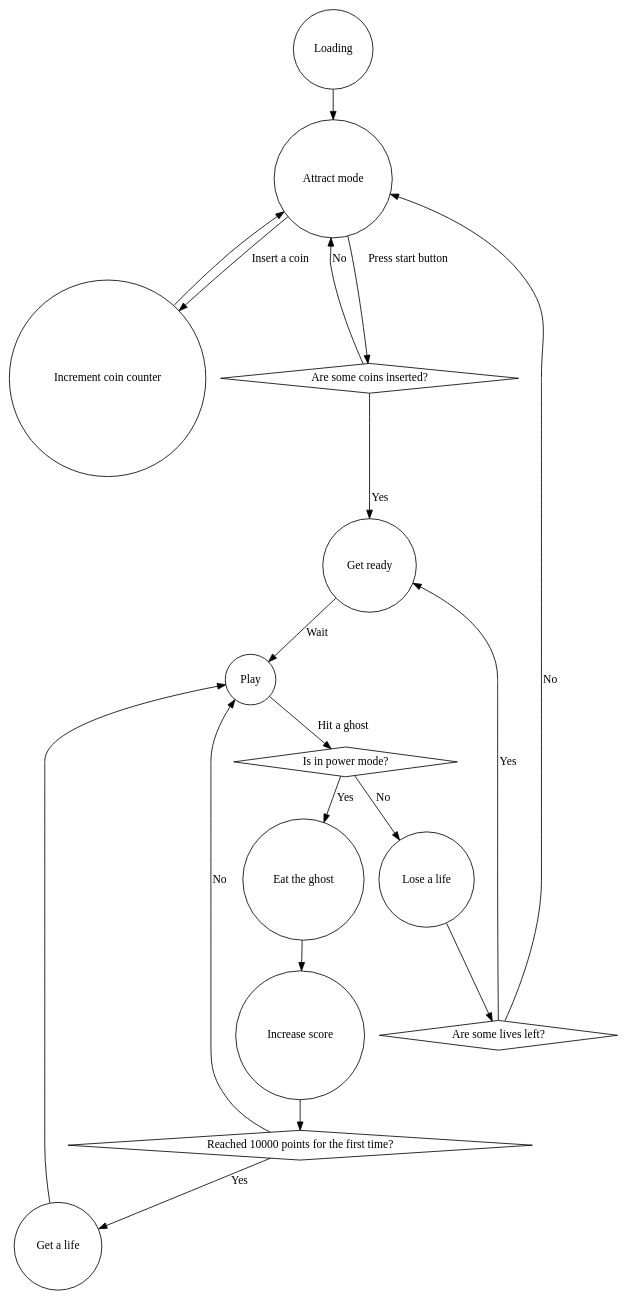
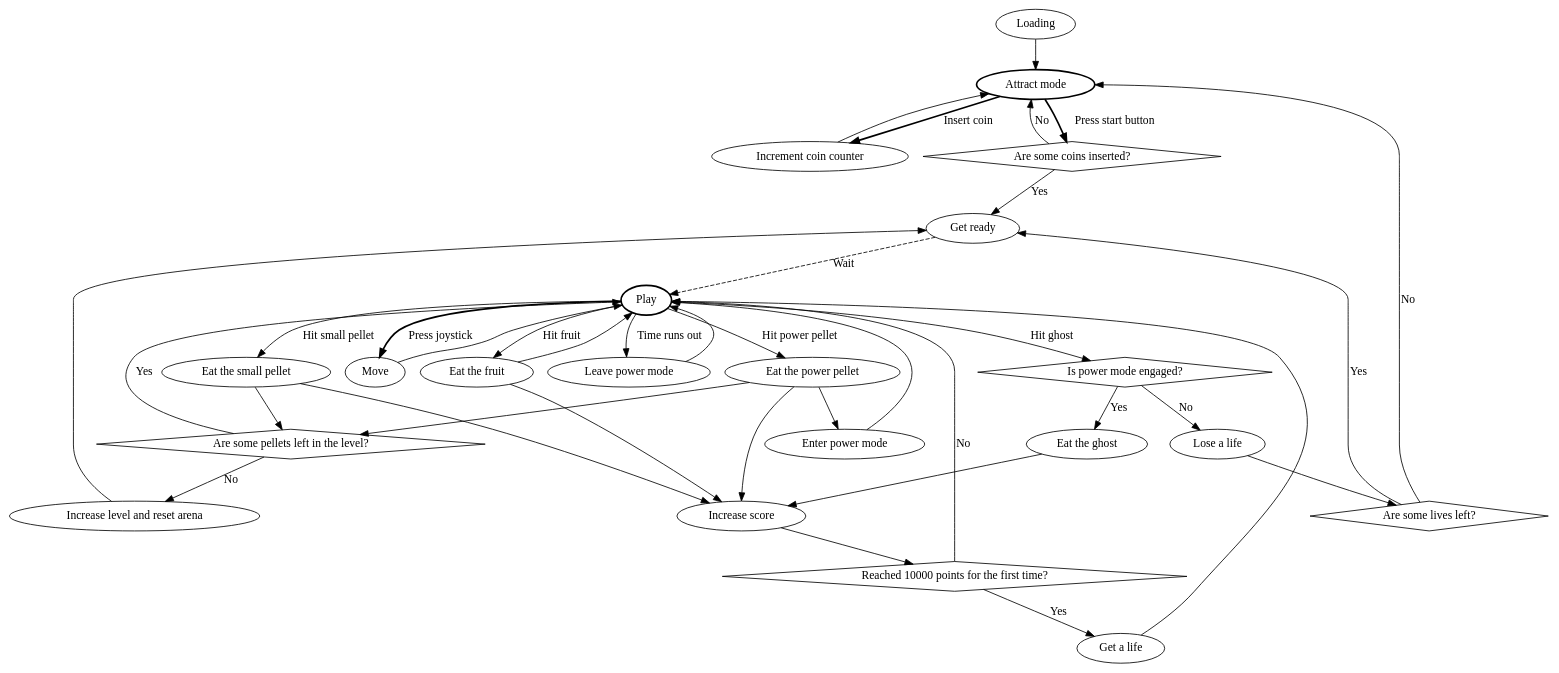
The diagram in graph.gv (filipbartek/pacman-dfsm), drawn with Graphviz before and after one commit.

Commit message:
graph.gv: Even more detail

```diff
--- a/graph.gv
+++ b/graph.gv
@@ -1,41 +1,67 @@
 # Source:
 # http://www.graphviz.org/content/fsm
 # http://www.graphviz.org/Gallery/directed/fsm.gv.txt
 
 digraph pacman_dfsm {
 
-node [ shape = circle ];
+node [ shape = ellipse ];
 loading [ label = "Loading" ];
-idle [ label = "Attract mode" ];
+idle [ label = "Attract mode", style = bold ];
 increasecoins [ label = "Increment coin counter" ];
 aretherecoins [ label = "Are some coins inserted?", shape = diamond ];
 ready [ label = "Get ready" ];
-play [ label = "Play" ];
-ispowermode [ label = "Is in power mode?", shape = diamond ];
+play [ label = "Play", style = bold ];
+ispowermode [ label = "Is power mode engaged?", shape = diamond ];
 arelivesleft [ label = "Are some lives left?", shape = diamond ];
 eatghost [ label = "Eat the ghost" ];
 loselife [ label = "Lose a life" ];
 increasescore [ label = "Increase score" ];
 isbonusreached [ label = "Reached 10000 points for the first time?", shape = diamond ];
 getlife [ label = "Get a life" ];
+pelleteaten [ label = "Eat the small pellet" ];
+arepelletsleft [ label = "Are some pellets left in the level?", shape = diamond ];
+increaselevel [ label = "Increase level and reset arena" ];
+move [ label = "Move" ];
+enterpowermode [ label = "Enter power mode" ];
+leavepowermode [ label = "Leave power mode" ];
+powerpelleteaten [ label = "Eat the power pellet" ];
+eatfruit [ label = "Eat the fruit" ];
 
 loading -> idle;
-idle -> increasecoins [ label = "Insert a coin" ];
+idle -> increasecoins [ label = "Insert coin", style = bold ];
 increasecoins -> idle;
-idle -> aretherecoins [ label = "Press start button" ];
+idle -> aretherecoins [ label = "Press start button", style = bold ];
 aretherecoins -> ready [ label = "Yes" ];
 aretherecoins -> idle [ label = "No" ];
-ready -> play [ label = "Wait" ];
-play -> ispowermode [ label = "Hit a ghost" ];
+ready -> play [ label = "Wait", style = dashed ];
+play -> ispowermode [ label = "Hit ghost" ];
 ispowermode -> eatghost [ label = "Yes" ];
 eatghost -> increasescore;
 ispowermode -> loselife [ label = "No" ];
 loselife -> arelivesleft;
 arelivesleft -> ready [ label = "Yes" ];
 arelivesleft -> idle [ label = "No" ];
 increasescore -> isbonusreached;
 isbonusreached -> play [ label = "No" ];
 isbonusreached -> getlife [ label = "Yes" ];
 getlife -> play;
+play -> pelleteaten [ label = "Hit small pellet" ];
+pelleteaten -> increasescore;
+pelleteaten -> arepelletsleft;
+arepelletsleft -> increaselevel [ label = "No" ];
+arepelletsleft -> play [ label = "Yes" ];
+increaselevel -> ready;
+play -> move [ label = "Press joystick", style = bold ];
+move -> play;
+play -> powerpelleteaten [ label = "Hit power pellet" ];
+powerpelleteaten -> enterpowermode;
+enterpowermode -> play;
+powerpelleteaten -> increasescore;
+powerpelleteaten -> arepelletsleft;
+play -> leavepowermode [ label = "Time runs out" ];
+leavepowermode -> play;
+play -> eatfruit [ label = "Hit fruit" ];
+eatfruit -> increasescore;
+eatfruit -> play;
 
 }
```
